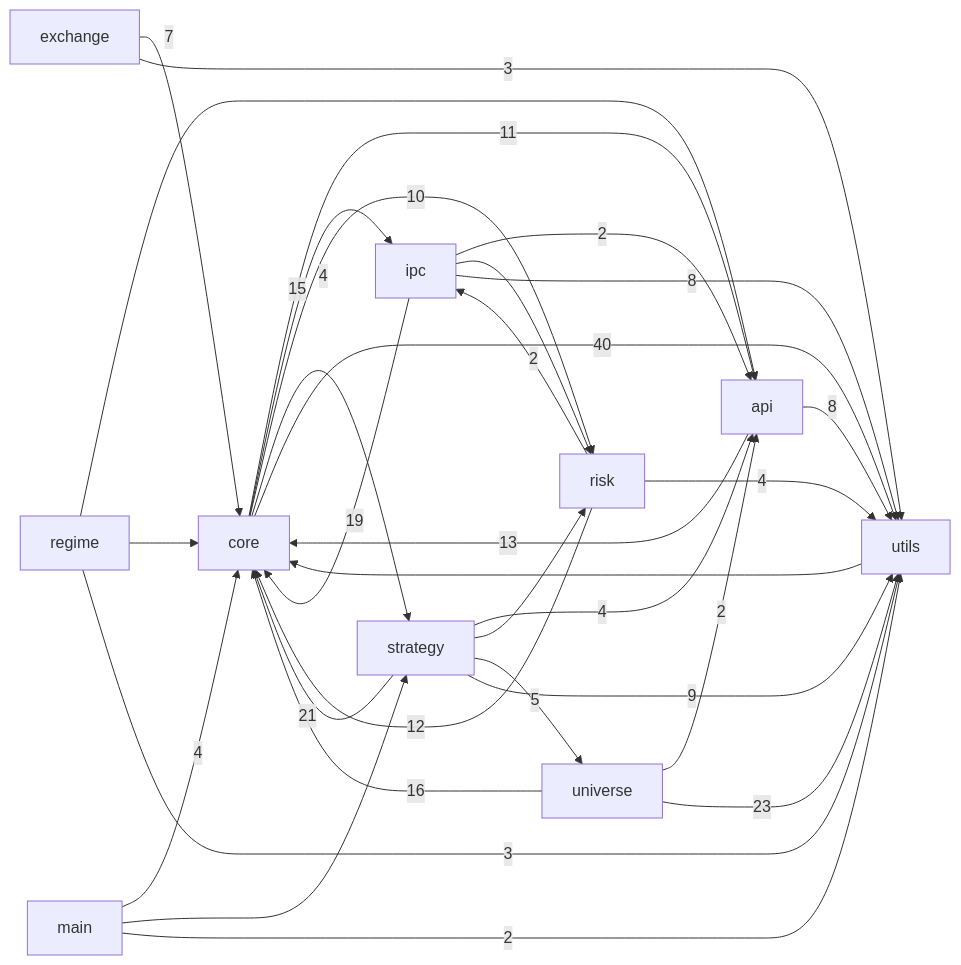
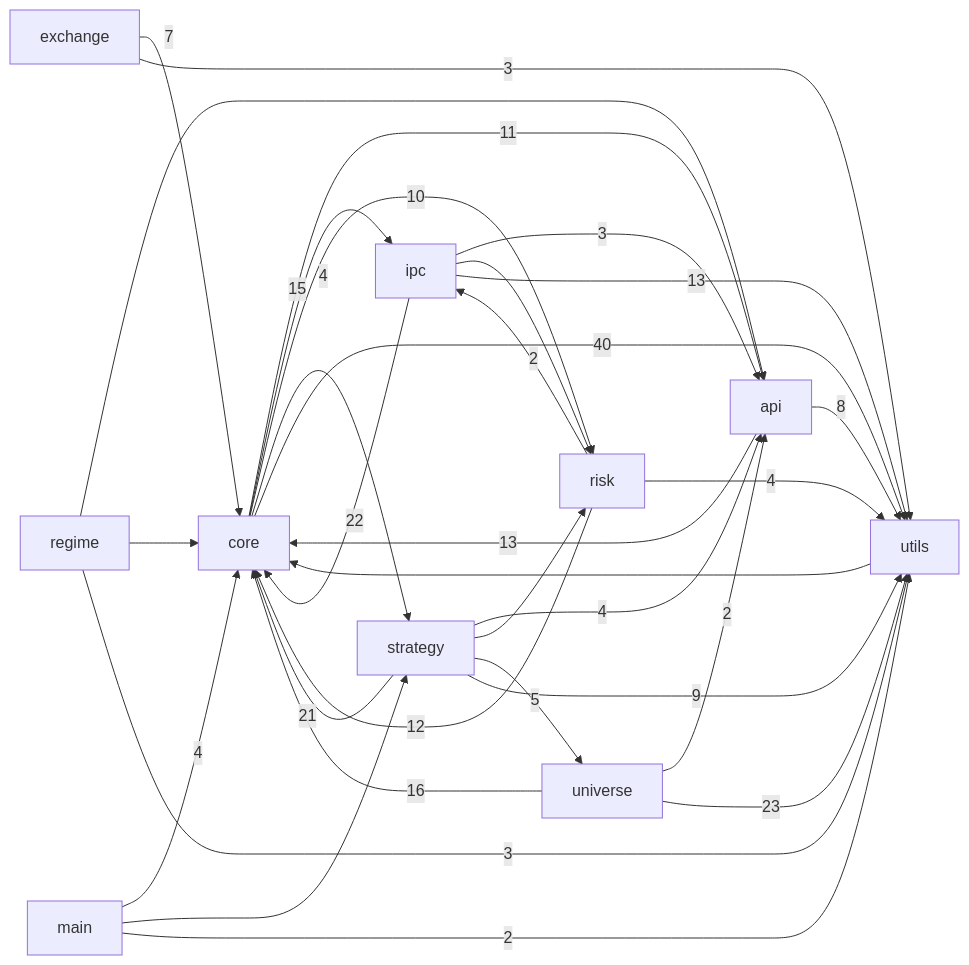
The first of 3 diagrams in docs/CODE_GRAPH.md (pypy8171/Quant), drawn with Mermaid before and after one commit. The commit also changed other lines of this file and 18 other files, not shown here.

````diff
--- a/docs/CODE_GRAPH.md
+++ b/docs/CODE_GRAPH.md
@@ -10,44 +10,44 @@
 ```mermaid
 graph LR
   main[main]
   core[core]
   strategy[strategy]
   api[api]
   universe[universe]
   risk[risk]
   ipc[ipc]
   utils[utils]
   exchange[exchange]
   regime[regime]
   api -->|13| core
   api -->|8| utils
   core -->|11| api
   core -->|15| ipc
   core -->|10| risk
   core -->|4| strategy
   core -->|40| utils
   exchange -->|7| core
   exchange -->|3| utils
-  ipc -->|2| api
-  ipc -->|19| core
+  ipc -->|3| api
+  ipc -->|22| core
   ipc --> risk
-  ipc -->|8| utils
+  ipc -->|13| utils
   main -->|4| core
   main --> strategy
   main -->|2| utils
   regime --> api
   regime --> core
   regime -->|3| utils
   risk -->|12| core
   risk -->|2| ipc
   risk -->|4| utils
   strategy -->|4| api
   strategy -->|21| core
   strategy --> risk
   strategy -->|5| universe
   strategy -->|9| utils
   universe -->|2| api
   universe -->|16| core
   universe -->|23| utils
   utils --> core
 ```
````
